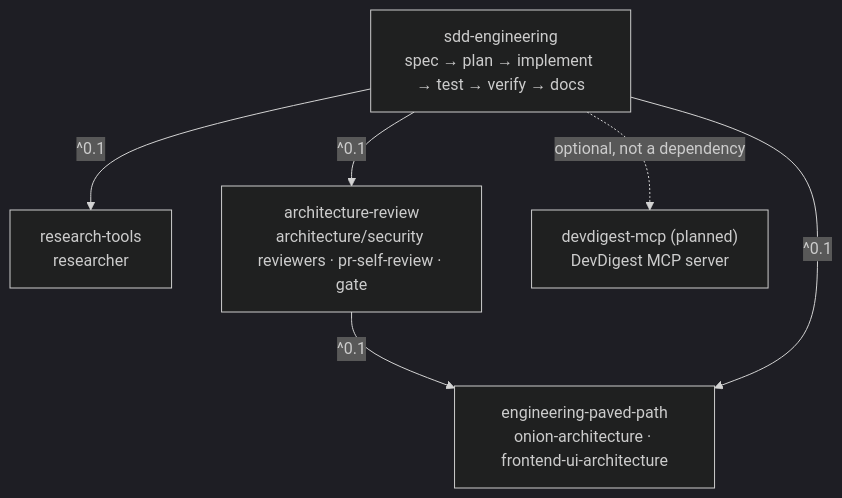
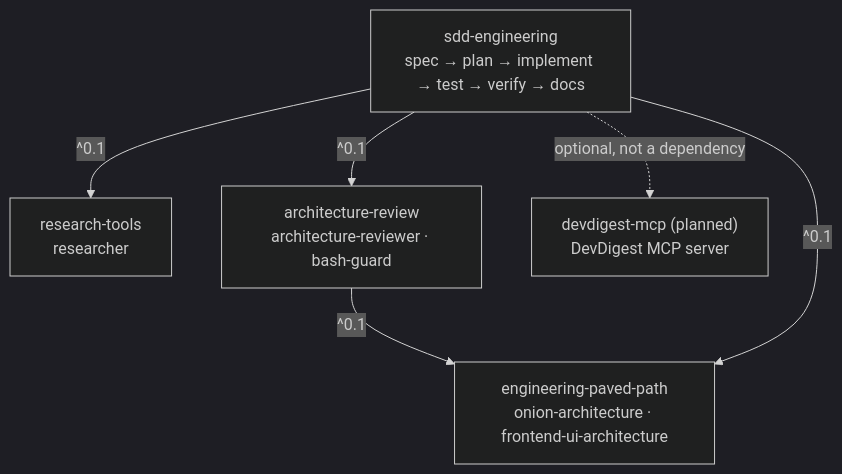
Before and after one commit to lindigo-design/devdigest-marketplace: the diagram in README.md, drawn with Mermaid (dark theme). The commit also changed other lines of this file and 15 other files, not shown here.

First line of the commit message:
feat(architecture-review): generalized architecture-reviewer agent and read-only bash-guard hook (PR-3, 0.1.1)

````diff
--- a/README.md
+++ b/README.md
@@ -57,14 +57,14 @@
 ```mermaid
 graph TD
     EPP["engineering-paved-path<br/>onion-architecture · frontend-ui-architecture"]
     RT["research-tools<br/>researcher"]
-    AR["architecture-review<br/>architecture/security reviewers · pr-self-review · gate"]
+    AR["architecture-review<br/>architecture-reviewer · bash-guard"]
     SDD["sdd-engineering<br/>spec → plan → implement → test → verify → docs"]
     MCP["devdigest-mcp (planned)<br/>DevDigest MCP server"]
 
     AR -->|"^0.1"| EPP
     SDD -->|"^0.1"| EPP
     SDD -->|"^0.1"| RT
     SDD -->|"^0.1"| AR
     SDD -.->|"optional, not a dependency"| MCP
 ```
````
